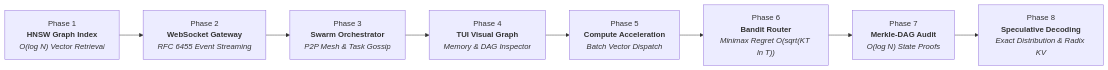
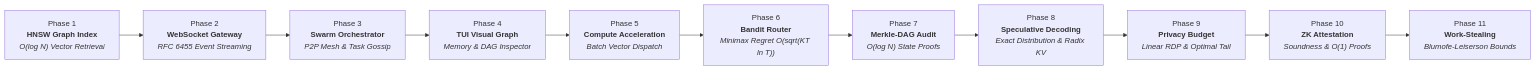
One commit to anisayakmitra-in/AGENT-PANDORA changed the diagram in docs/math/phased_roadmap_mathematics.md. Above: the diagram before and after it, drawn with Mermaid. The commit also changed other lines of this file and 10 other files, not shown here.

Commit message:
feat(runtime,math): implement Milestone 2 Next-Gen Roadmap Phases 9-11 and Theorems 17-22

````diff
--- a/docs/math/phased_roadmap_mathematics.md
+++ b/docs/math/phased_roadmap_mathematics.md
@@ -13,13 +13,16 @@
 ```mermaid
 flowchart LR
     P1["Phase 1<br/><b>HNSW Graph Index</b><br/><i>O(log N) Vector Retrieval</i>"]
     P2["Phase 2<br/><b>WebSocket Gateway</b><br/><i>RFC 6455 Event Streaming</i>"]
     P3["Phase 3<br/><b>Swarm Orchestrator</b><br/><i>P2P Mesh & Task Gossip</i>"]
     P4["Phase 4<br/><b>TUI Visual Graph</b><br/><i>Memory & DAG Inspector</i>"]
     P5["Phase 5<br/><b>Compute Acceleration</b><br/><i>Batch Vector Dispatch</i>"]
     P6["Phase 6<br/><b>Bandit Router</b><br/><i>Minimax Regret O(sqrt(KT ln T))</i>"]
     P7["Phase 7<br/><b>Merkle-DAG Audit</b><br/><i>O(log N) State Proofs</i>"]
     P8["Phase 8<br/><b>Speculative Decoding</b><br/><i>Exact Distribution & Radix KV</i>"]
+    P9["Phase 9<br/><b>Privacy Budget</b><br/><i>Linear RDP & Optimal Tail</i>"]
+    P10["Phase 10<br/><b>ZK Attestation</b><br/><i>Soundness & O(1) Proofs</i>"]
+    P11["Phase 11<br/><b>Work-Stealing</b><br/><i>Blumofe-Leiserson Bounds</i>"]
 
-    P1 --> P2 --> P3 --> P4 --> P5 --> P6 --> P7 --> P8
+    P1 --> P2 --> P3 --> P4 --> P5 --> P6 --> P7 --> P8 --> P9 --> P10 --> P11
 ```
````
